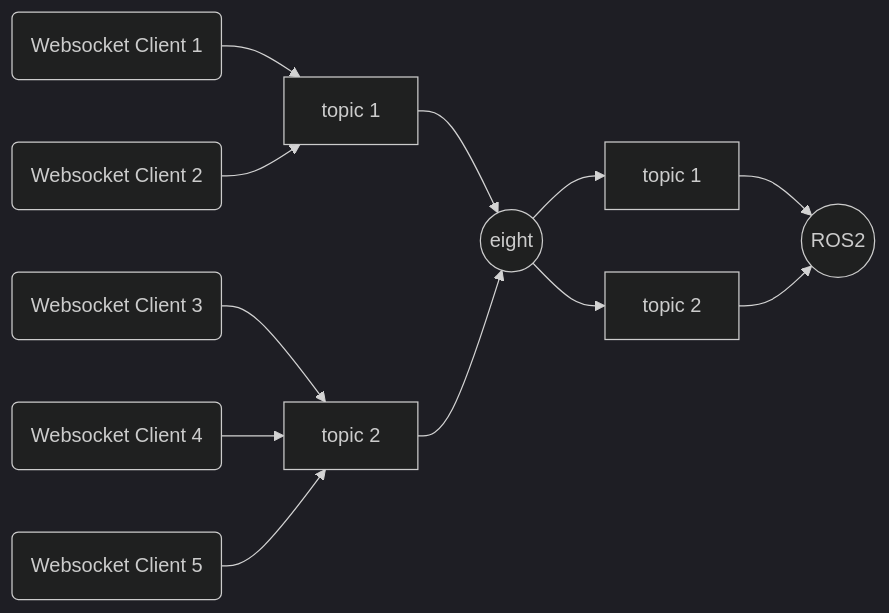
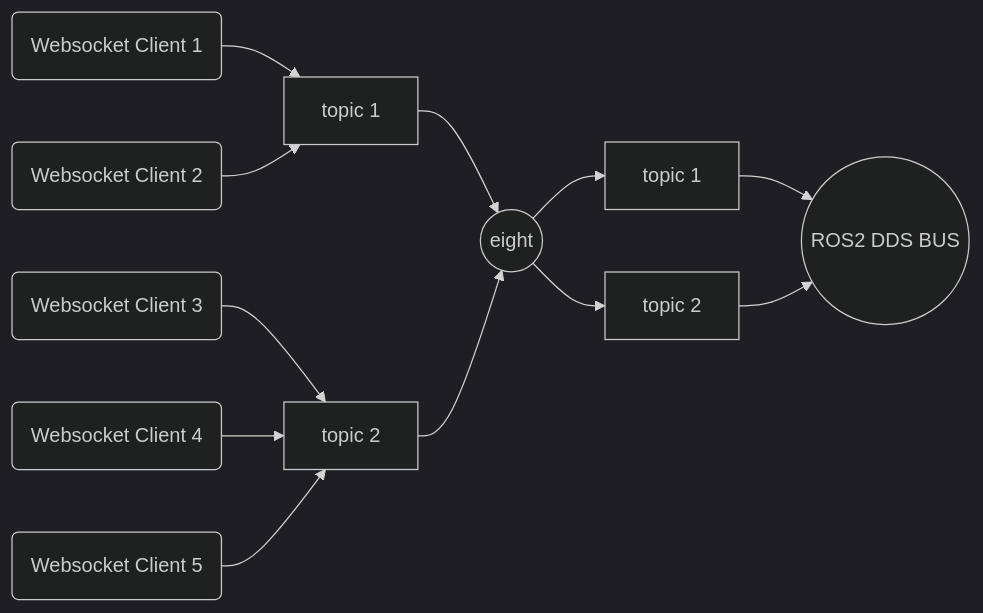
One commit to jekler/eight changed the second of 3 diagrams in _posts/2023-9-11-ros-robot-with-eight-inside.md. Above: the diagram before and after it, drawn with Mermaid (dark theme). The commit also changed other lines of this file and 7 other files, not shown here.

````diff
--- a/_posts/2023-9-11-ros-robot-with-eight-inside.md
+++ b/_posts/2023-9-11-ros-robot-with-eight-inside.md
@@ -242,14 +242,14 @@
 ```mermaid
 graph LR;
     A(Websocket Client 1) --> B[topic 1]
     F(Websocket Client 2) --> B
     B --> C((eight))
     J(Websocket Client 3) --> E[topic 2]
     K(Websocket Client 4) --> E
     N(Websocket Client 5) --> E
     E --> C
     C --> G[topic 1]
     C --> H[topic 2]
-    G --> I((ROS2))
+    G --> I((ROS2 DDS BUS))
     H --> I      
 ```
````
